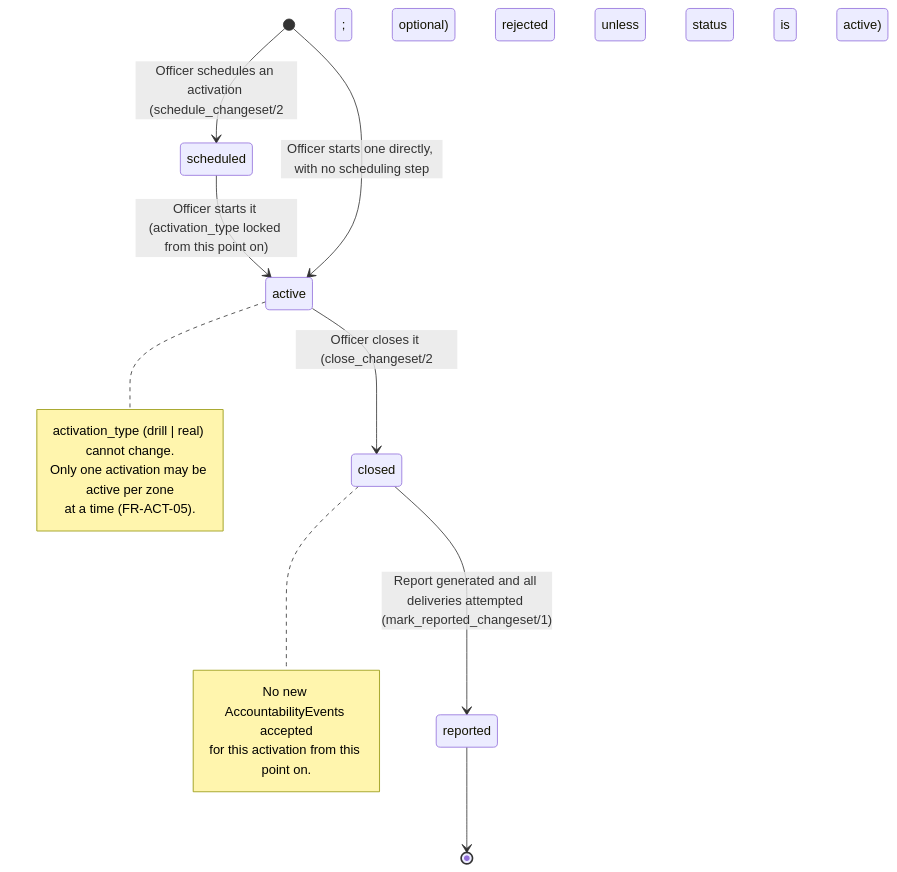
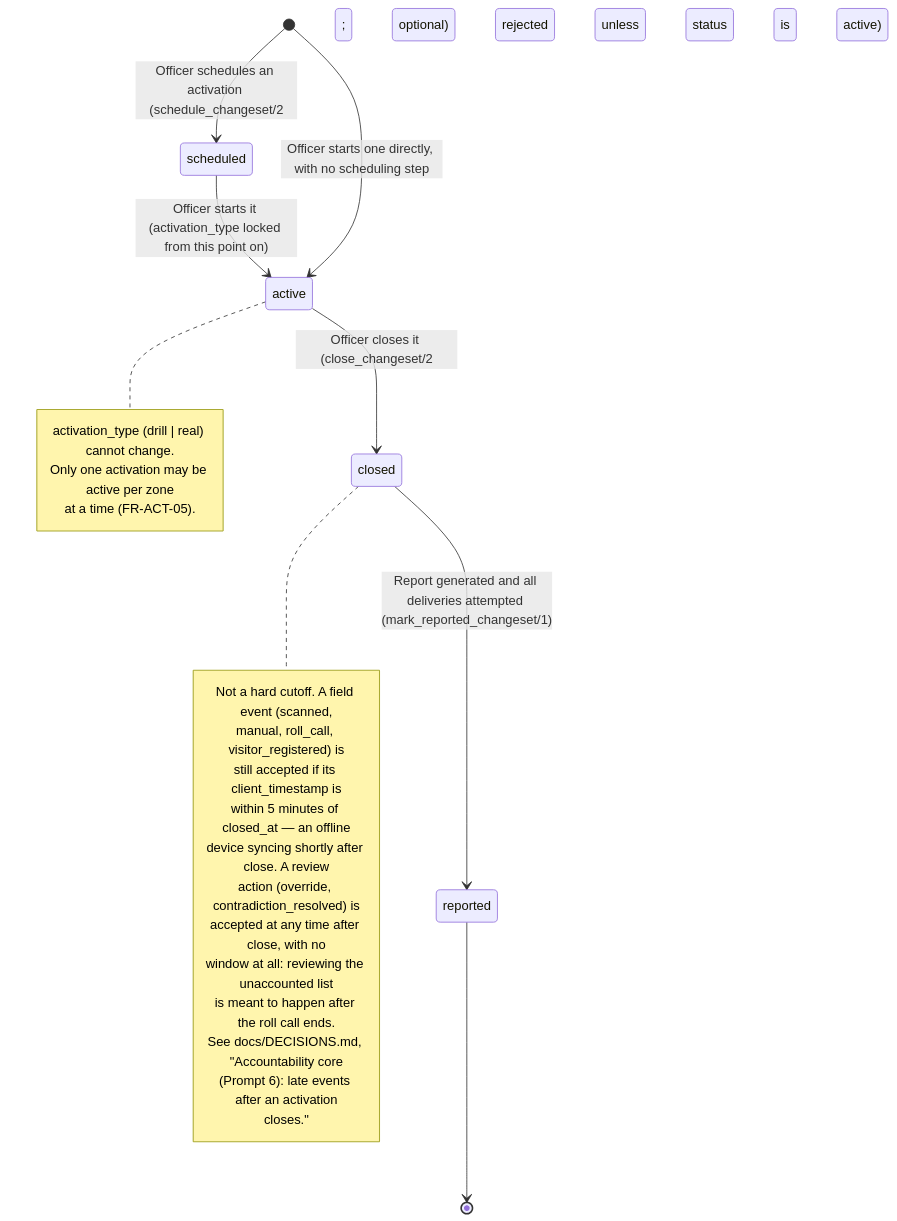
The fifth of 6 diagrams in docs/08-sequence-state-deployment-diagrams.md (Mal-chris/salvorion-api), drawn with Mermaid before and after one commit. The commit also changed other lines of this file and 25 other files, not shown here.

Commit message:
Correct Setting moduledoc: id_barcode_parser and offline_login_grace_hours are reserved, not yet consulted

````diff
--- a/docs/08-sequence-state-deployment-diagrams.md
+++ b/docs/08-sequence-state-deployment-diagrams.md
@@ -153,20 +164,30 @@
 ```mermaid
 stateDiagram-v2
     [*] --> scheduled: Officer schedules an activation (schedule_changeset/2; optional)
     scheduled --> active: Officer starts it (activation_type locked from this point on)
     [*] --> active: Officer starts one directly, with no scheduling step
     active --> closed: Officer closes it (close_changeset/2; rejected unless status is active)
     closed --> reported: Report generated and all deliveries attempted (mark_reported_changeset/1)
     reported --> [*]
 
     note right of active
         activation_type (drill | real) cannot change.
         Only one activation may be active per zone
         at a time (FR-ACT-05).
     end note
 
     note right of closed
-        No new AccountabilityEvents accepted
-        for this activation from this point on.
+        Not a hard cutoff. A field event (scanned,
+        manual, roll_call, visitor_registered) is
+        still accepted if its client_timestamp is
+        within 5 minutes of closed_at — an offline
+        device syncing shortly after close. A review
+        action (override, contradiction_resolved) is
+        accepted at any time after close, with no
+        window at all: reviewing the unaccounted list
+        is meant to happen after the roll call ends.
+        See docs/DECISIONS.md, "Accountability core
+        (Prompt 6): late events after an activation
+        closes."
     end note
 ```
````
